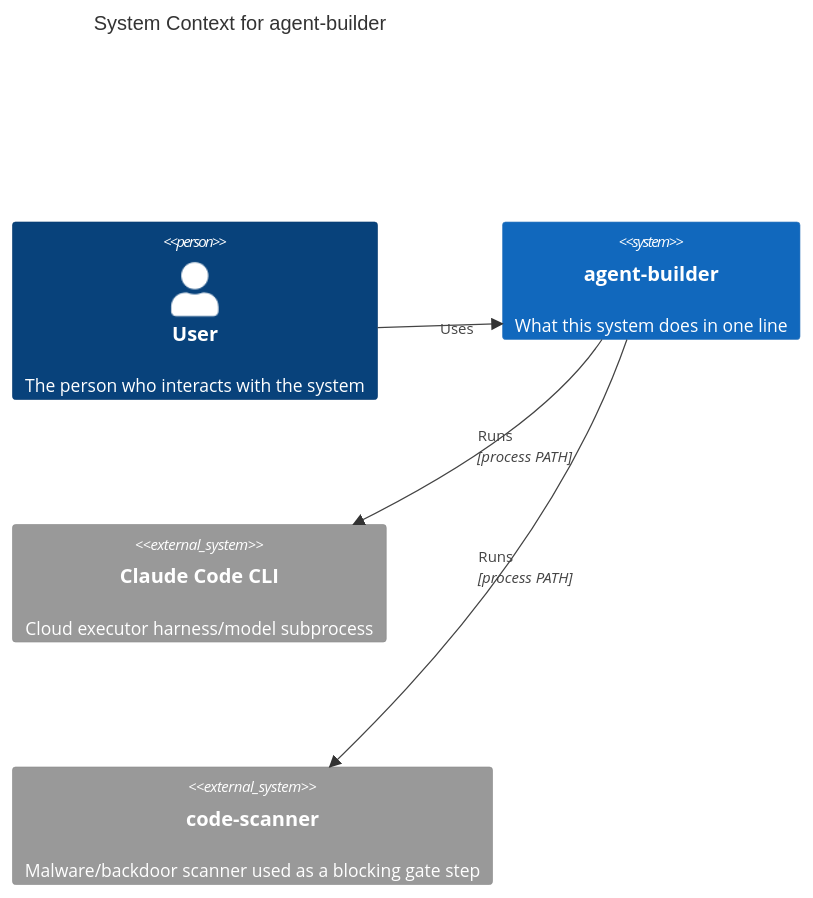
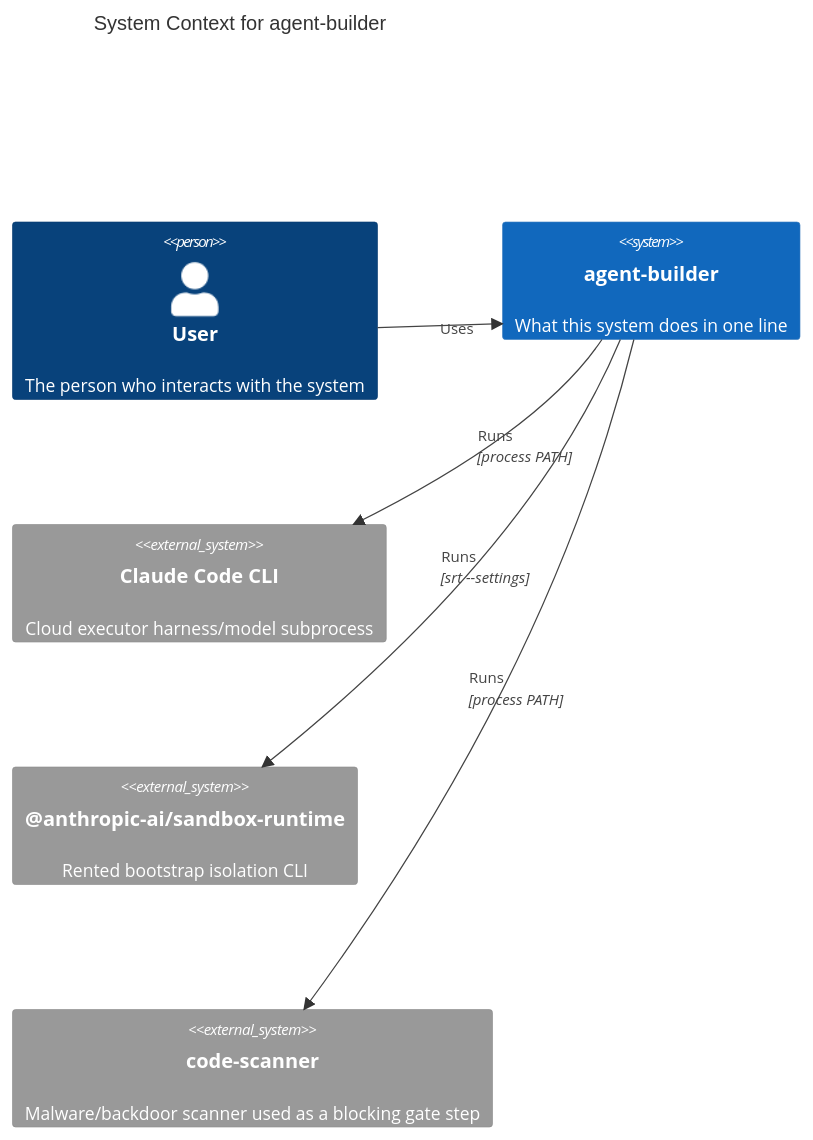
One commit to tkdtaylor/agent-builder changed the first of 4 diagrams in docs/architecture/diagrams.md. Above: the diagram before and after it, drawn with Mermaid. The commit also changed other lines of this file and 8 other files, not shown here.

Commit message:
feat: complete task 021 — sandbox-runtime adapter

````diff
--- a/docs/architecture/diagrams.md
+++ b/docs/architecture/diagrams.md
@@ -20,13 +20,15 @@
 ```mermaid
 C4Context
     title System Context for agent-builder
 
     Person(user, "User", "The person who interacts with the system")
     System(system, "agent-builder", "What this system does in one line")
     System_Ext(claudeCLI, "Claude Code CLI", "Cloud executor harness/model subprocess")
+    System_Ext(sandboxRuntime, "@anthropic-ai/sandbox-runtime", "Rented bootstrap isolation CLI")
     System_Ext(codeScanner, "code-scanner", "Malware/backdoor scanner used as a blocking gate step")
 
     Rel(user, system, "Uses")
     Rel(system, claudeCLI, "Runs", "process PATH")
+    Rel(system, sandboxRuntime, "Runs", "srt --settings")
     Rel(system, codeScanner, "Runs", "process PATH")
 ```
````
